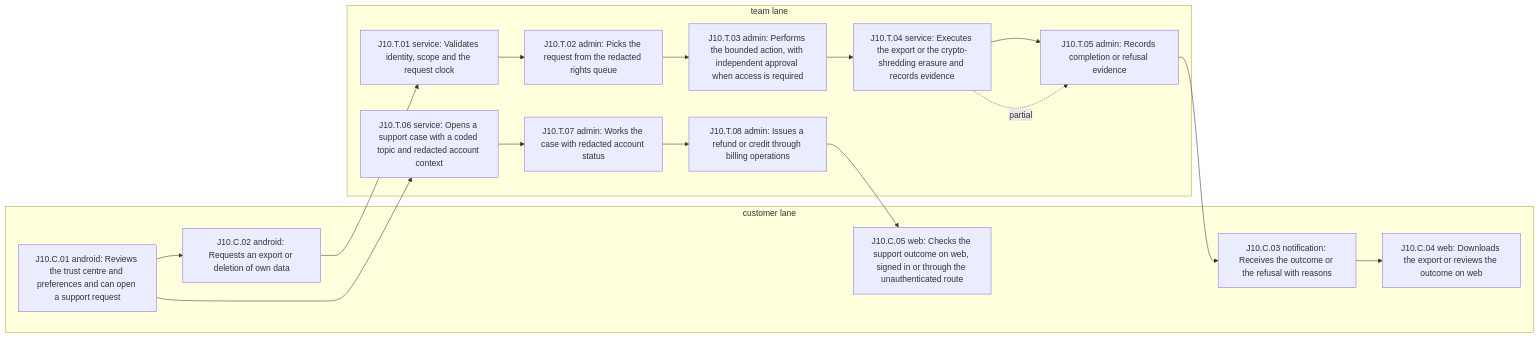
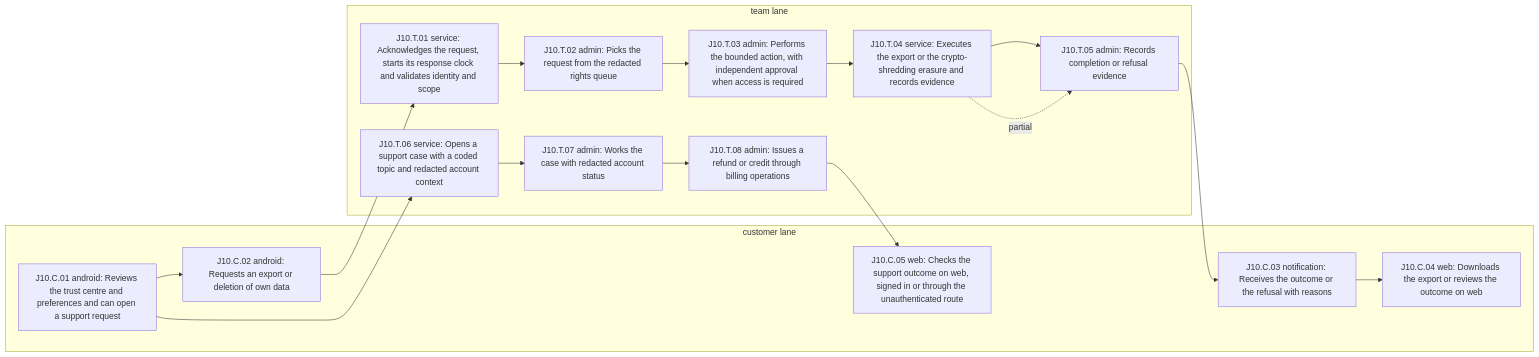
One commit to PenniLogic/docs changed diagram 11 of 13 in product/journey-blueprints.md. Above: the diagram before and after it, drawn with Mermaid. The commit also changed other lines of this file and 3 other files, not shown here.

````diff
--- a/product/journey-blueprints.md
+++ b/product/journey-blueprints.md
@@ -988,33 +989,33 @@
 ```mermaid
 flowchart LR
     subgraph customer[customer lane]
         J10_C_01["J10.C.01 android: Reviews the trust centre and preferences and can open a support request"]
         J10_C_02["J10.C.02 android: Requests an export or deletion of own data"]
         J10_C_03["J10.C.03 notification: Receives the outcome or the refusal with reasons"]
         J10_C_04["J10.C.04 web: Downloads the export or reviews the outcome on web"]
         J10_C_05["J10.C.05 web: Checks the support outcome on web, signed in or through the unauthenticated route"]
     end
     subgraph team[team lane]
-        J10_T_01["J10.T.01 service: Validates identity, scope and the request clock"]
+        J10_T_01["J10.T.01 service: Acknowledges the request, starts its response clock and validates identity and scope"]
         J10_T_02["J10.T.02 admin: Picks the request from the redacted rights queue"]
         J10_T_03["J10.T.03 admin: Performs the bounded action, with independent approval when access is required"]
         J10_T_04["J10.T.04 service: Executes the export or the crypto-shredding erasure and records evidence"]
         J10_T_05["J10.T.05 admin: Records completion or refusal evidence"]
         J10_T_06["J10.T.06 service: Opens a support case with a coded topic and redacted account context"]
         J10_T_07["J10.T.07 admin: Works the case with redacted account status"]
         J10_T_08["J10.T.08 admin: Issues a refund or credit through billing operations"]
     end
     J10_C_01 --> J10_C_02
     J10_C_01 --> J10_T_06
     J10_C_02 --> J10_T_01
     J10_T_01 --> J10_T_02
     J10_T_02 --> J10_T_03
     J10_T_03 --> J10_T_04
     J10_T_04 --> J10_T_05
     J10_T_04 -. partial .-> J10_T_05
     J10_T_05 --> J10_C_03
     J10_C_03 --> J10_C_04
     J10_T_06 --> J10_T_07
     J10_T_07 --> J10_T_08
     J10_T_08 --> J10_C_05
 ```
````
